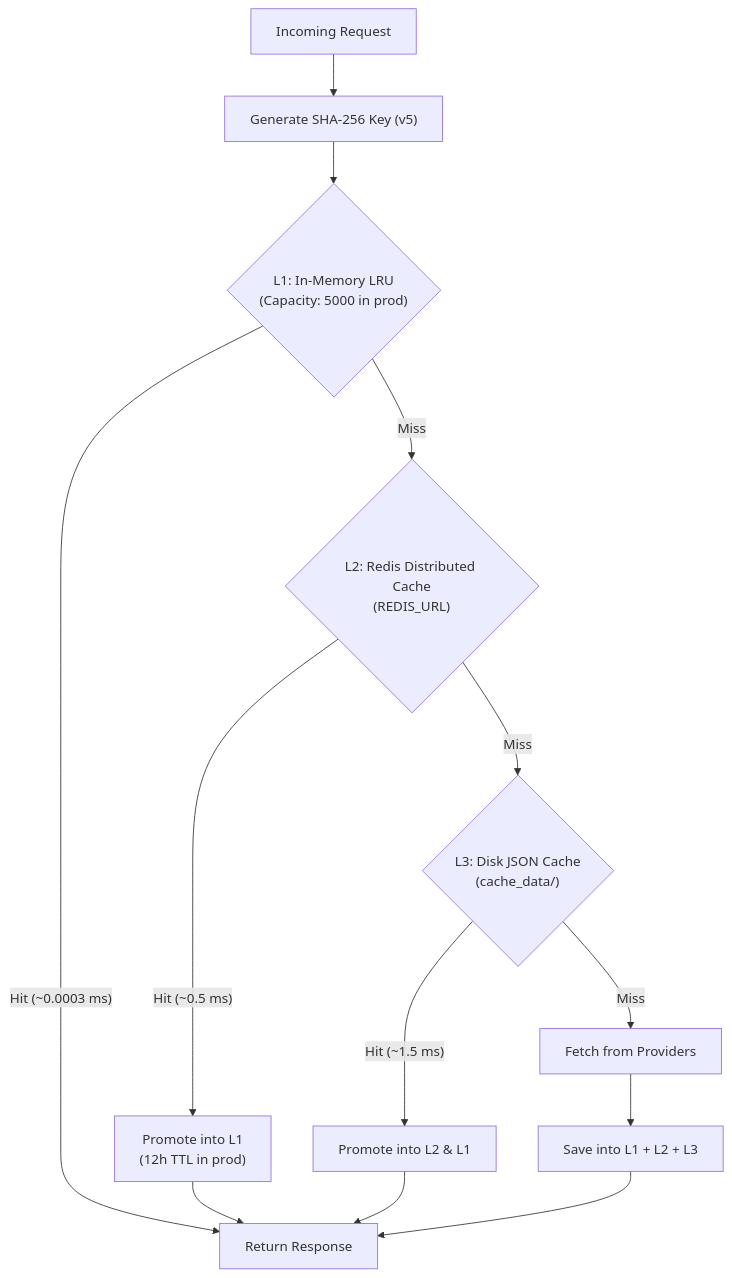
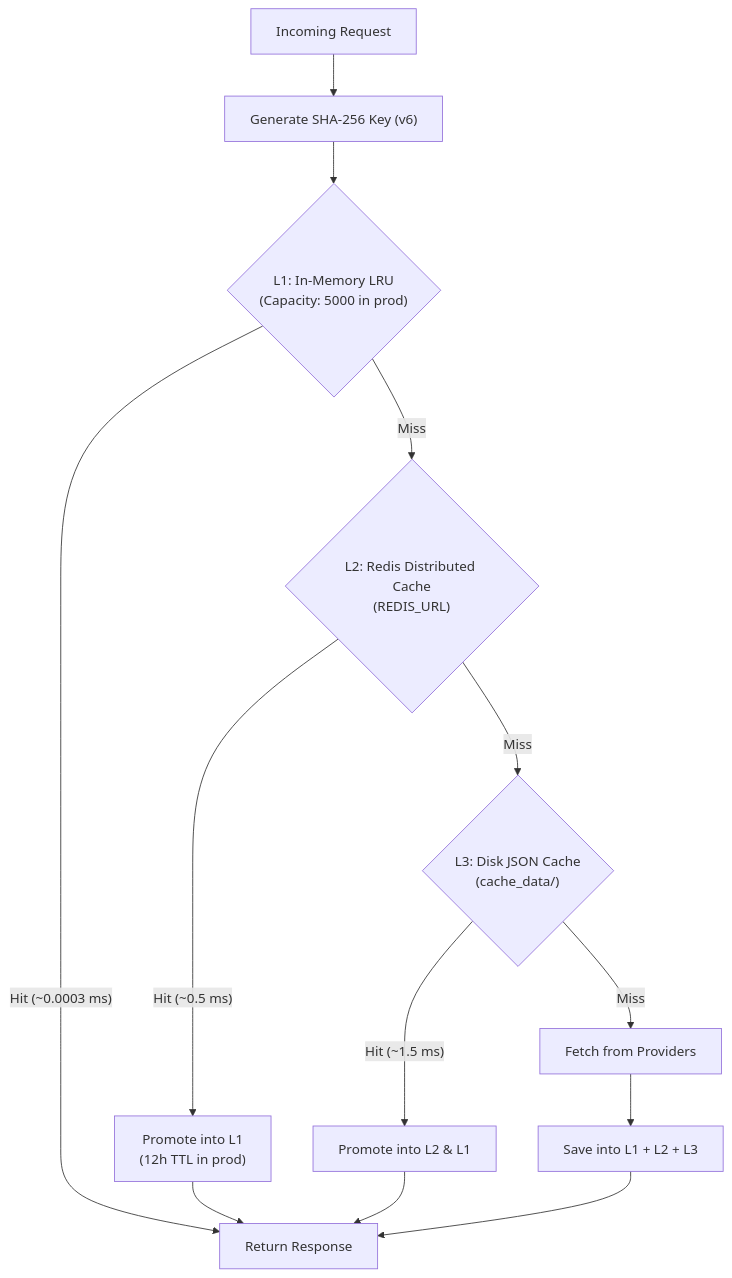
Before and after one commit to mekongmoon/Lyrica: the diagram in docs/architecture/caching.md, drawn with Mermaid. The commit also changed other lines of this file and 5 other files, not shown here.

````diff
--- a/docs/architecture/caching.md
+++ b/docs/architecture/caching.md
@@ -9,20 +9,20 @@
 ```mermaid
 graph TD
-    Query[Incoming Request] --> Key["Generate SHA-256 Key (v5)"]
+    Query[Incoming Request] --> Key["Generate SHA-256 Key (v6)"]
     Key --> L1{"L1: In-Memory LRU<br/>(Capacity: 5000 in prod)"}
 
     L1 -- Hit (~0.0003 ms) --> Return[Return Response]
     L1 -- Miss --> L2{"L2: Redis Distributed Cache<br/>(REDIS_URL)"}
 
     L2 -- Hit (~0.5 ms) --> PromoteL1["Promote into L1<br/>(12h TTL in prod)"]
     PromoteL1 --> Return
 
     L2 -- Miss --> L3{"L3: Disk JSON Cache<br/>(cache_data/)"}
 
     L3 -- Hit (~1.5 ms) --> PromoteL2["Promote into L2 & L1"]
     PromoteL2 --> Return
 
     L3 -- Miss --> Network["Fetch from Providers"]
     Network --> SaveAll["Save into L1 + L2 + L3"]
     SaveAll --> Return
 ```
````
